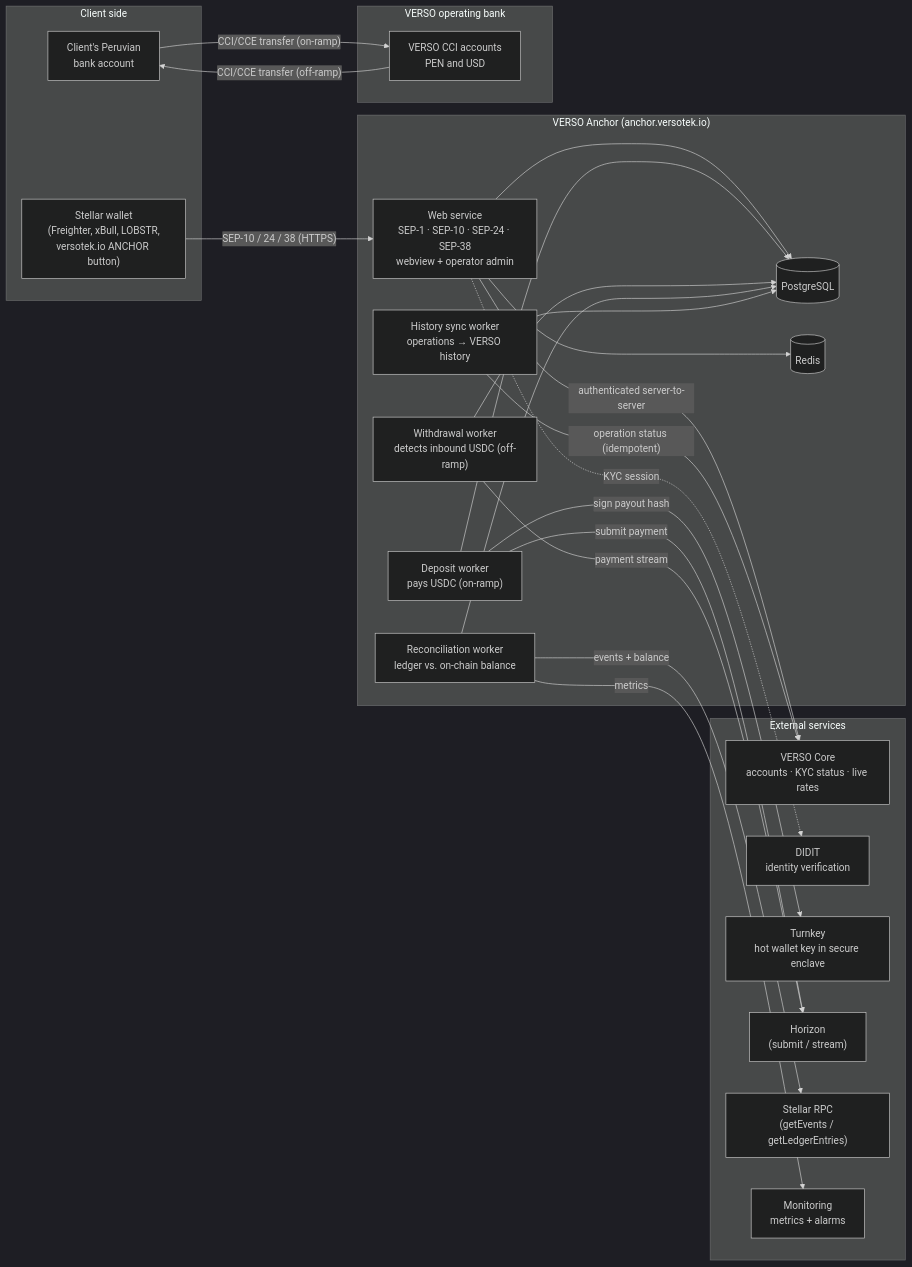
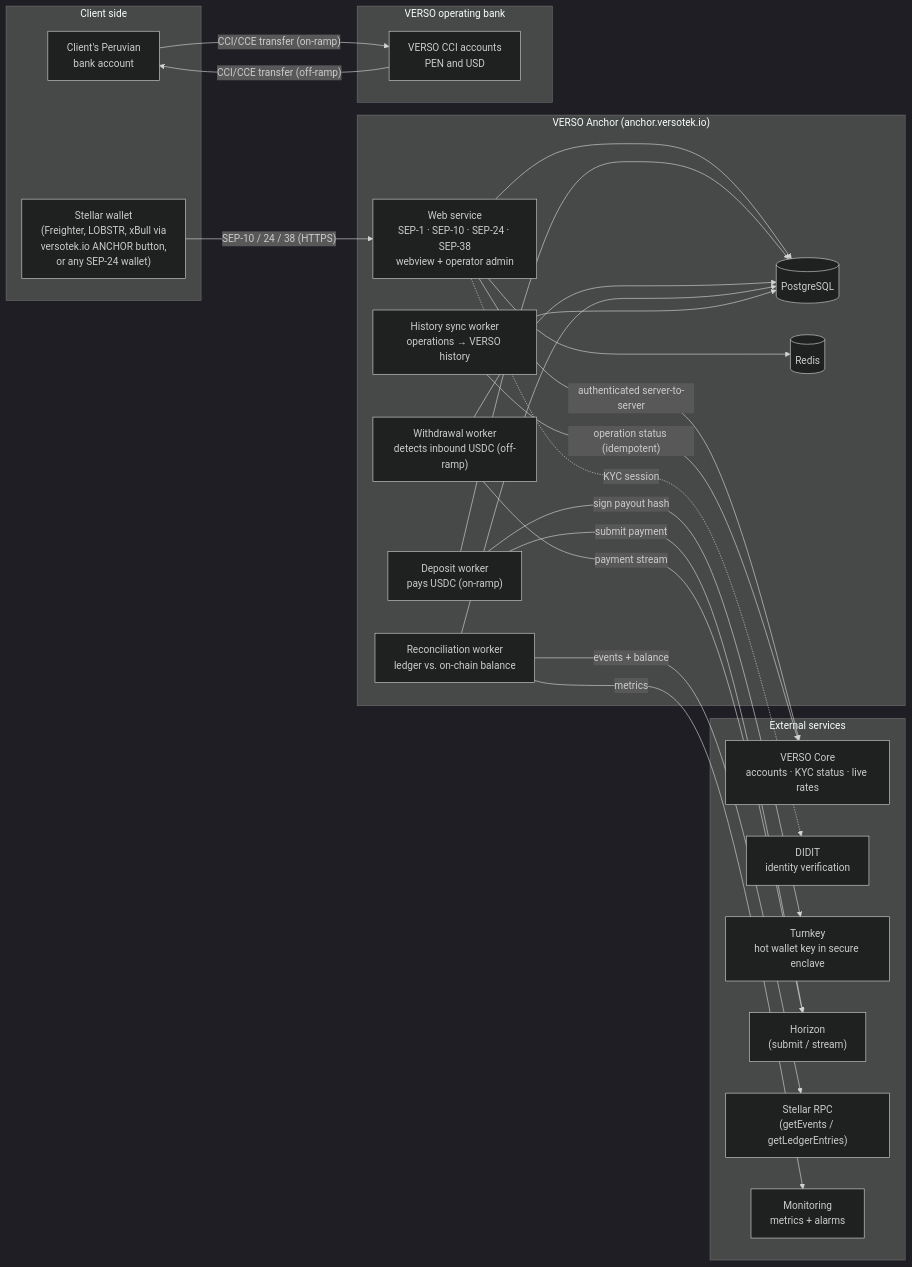
The first of 3 diagrams in docs/ARCHITECTURE.md (WildorAP/VERSO-SDF), drawn with Mermaid (dark theme) before and after one commit. The commit also changed other lines of this file and 7 other files, not shown here.

````diff
--- a/docs/ARCHITECTURE.md
+++ b/docs/ARCHITECTURE.md
@@ -24,48 +23,48 @@
 ```mermaid
 flowchart LR
     subgraph Client["Client side"]
-        W["Stellar wallet<br/>(Freighter, xBull, LOBSTR,<br/>versotek.io ANCHOR button)"]
+        W["Stellar wallet<br/>(Freighter, LOBSTR, xBull via<br/>versotek.io ANCHOR button,<br/>or any SEP-24 wallet)"]
         B["Client's Peruvian<br/>bank account"]
     end
 
     subgraph Anchor["VERSO Anchor (anchor.versotek.io)"]
         WEB["Web service<br/>SEP-1 · SEP-10 · SEP-24 · SEP-38<br/>webview + operator admin"]
         DEP["Deposit worker<br/>pays USDC (on-ramp)"]
         WIT["Withdrawal worker<br/>detects inbound USDC (off-ramp)"]
         REC["Reconciliation worker<br/>ledger vs. on-chain balance"]
         SYN["History sync worker<br/>operations → VERSO history"]
         DB[("PostgreSQL")]
         RD[("Redis")]
     end
 
     subgraph External["External services"]
         CORE["VERSO Core<br/>accounts · KYC status · live rates"]
         KYC["DIDIT<br/>identity verification"]
         TK["Turnkey<br/>hot wallet key in secure enclave"]
         HZ["Horizon<br/>(submit / stream)"]
         RPC["Stellar RPC<br/>(getEvents / getLedgerEntries)"]
         CW["Monitoring<br/>metrics + alarms"]
     end
 
     subgraph Bank["VERSO operating bank"]
         VB["VERSO CCI accounts<br/>PEN and USD"]
     end
 
     W -- "SEP-10 / 24 / 38 (HTTPS)" --> WEB
     WEB -- "authenticated server-to-server" --> CORE
     WEB -. "KYC session" .-> KYC
     WEB --> DB
     WEB --> RD
     DEP --> DB
     WIT --> DB
     REC --> DB
     SYN --> DB
     SYN -- "operation status (idempotent)" --> CORE
     DEP -- "sign payout hash" --> TK
     DEP -- "submit payment" --> HZ
     WIT -- "payment stream" --> HZ
     REC -- "events + balance" --> RPC
     REC -- "metrics" --> CW
     B -- "CCI/CCE transfer (on-ramp)" --> VB
     VB -- "CCI/CCE transfer (off-ramp)" --> B
 ```
````
